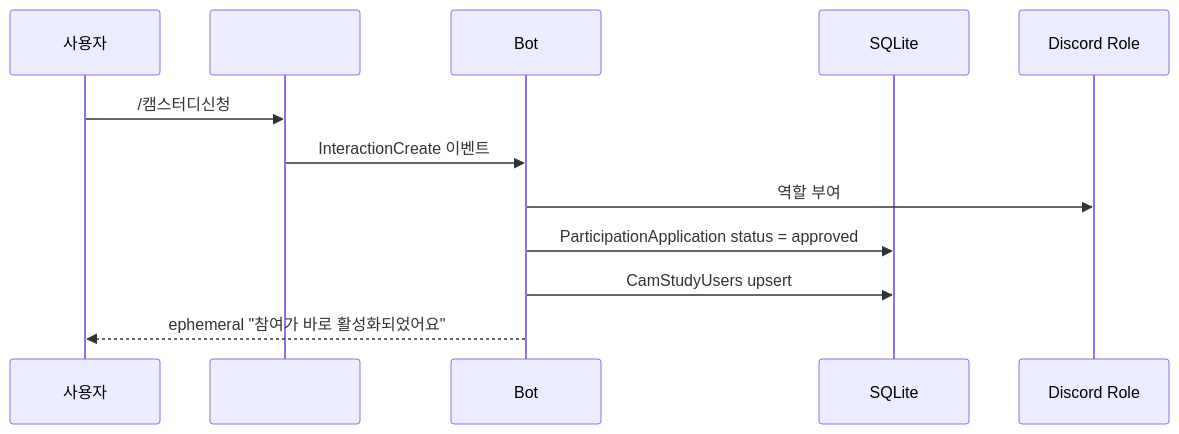
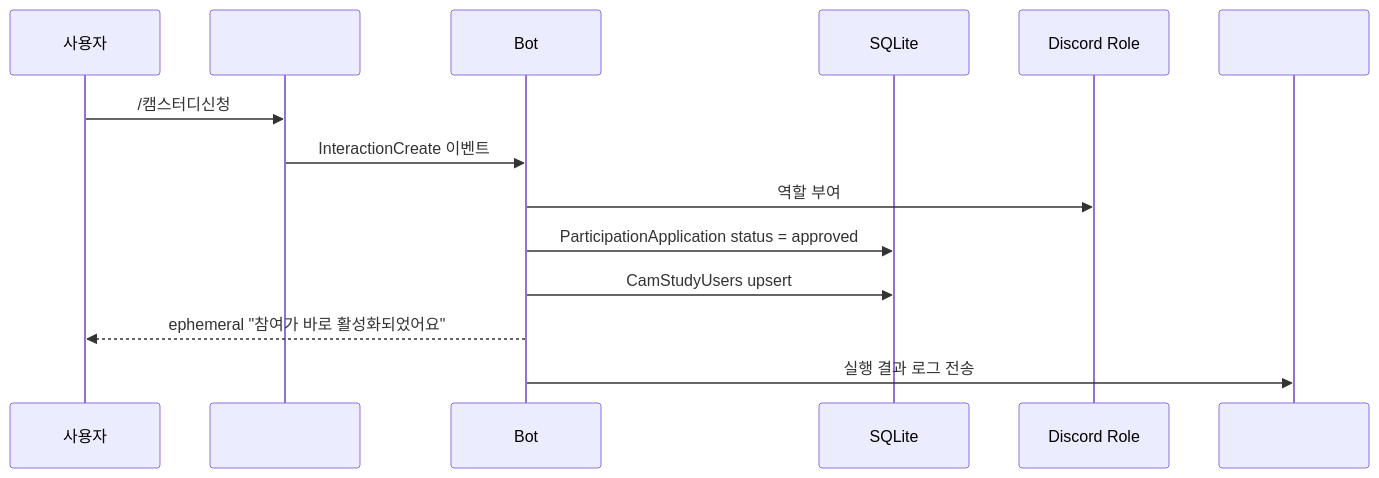
Before and after one commit to honki12345/haruharu-discord-bot: the second of 20 diagrams in docs/USER_STORIES.md, drawn with Mermaid. The commit also changed other lines of this file and 9 other files, not shown here.

````diff
--- a/docs/USER_STORIES.md
+++ b/docs/USER_STORIES.md
@@ -54,15 +55,17 @@
 ```mermaid
 sequenceDiagram
     participant U as 사용자
     participant A as #start-here
     participant B as Bot
     participant DB as SQLite
     participant D as Discord Role
+    participant T as #test
 
     U->>A: /캠스터디신청
     A->>B: InteractionCreate 이벤트
     B->>D: 역할 부여
     B->>DB: ParticipationApplication status = approved
     B->>DB: CamStudyUsers upsert
     B-->>U: ephemeral "참여가 바로 활성화되었어요"
+    B->>T: 실행 결과 로그 전송
 ```
````
